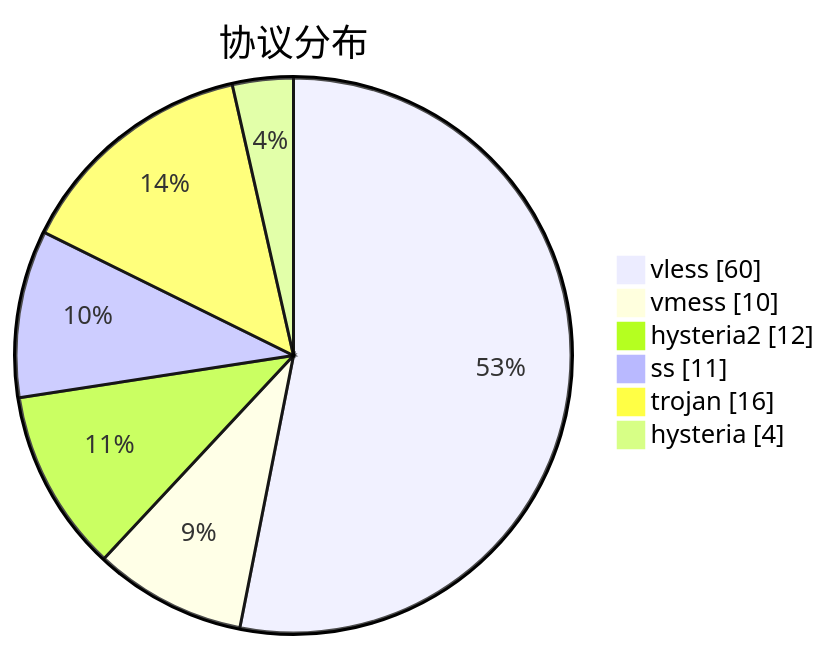
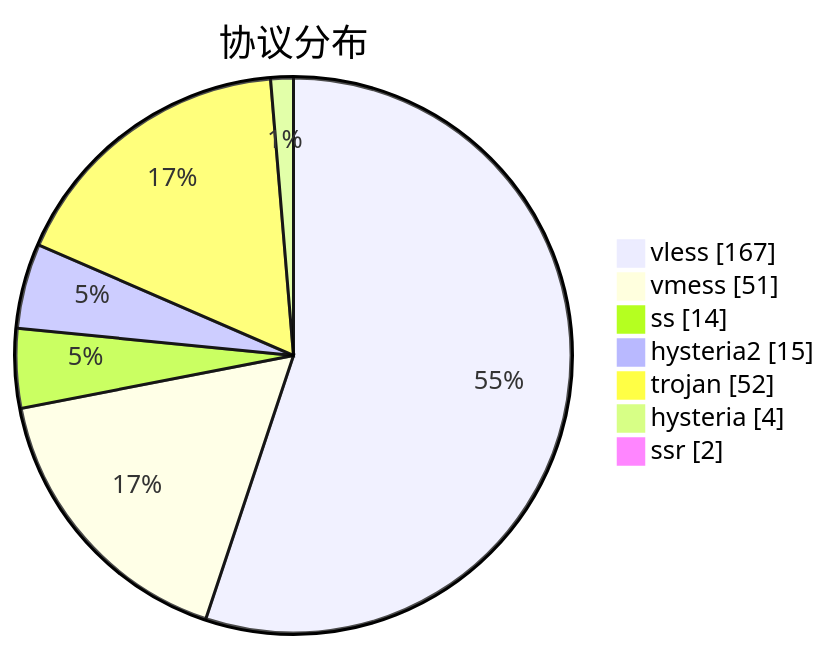
The third of 3 diagrams in subs/statistics/tested_within.md (sinspired/airport), drawn with Mermaid before and after one commit. The commit also changed other lines of this file and 2 other files, not shown here.

````diff
--- a/subs/statistics/tested_within.md
+++ b/subs/statistics/tested_within.md
@@ -30,10 +40,11 @@
 ```mermaid
 pie showData
 title 协议分布
-"vless" : 60
-"vmess" : 10
-"hysteria2" : 12
-"ss" : 11
-"trojan" : 16
+"vless" : 167
+"vmess" : 51
+"ss" : 14
+"hysteria2" : 15
+"trojan" : 52
 "hysteria" : 4
+"ssr" : 2
 ```
````
